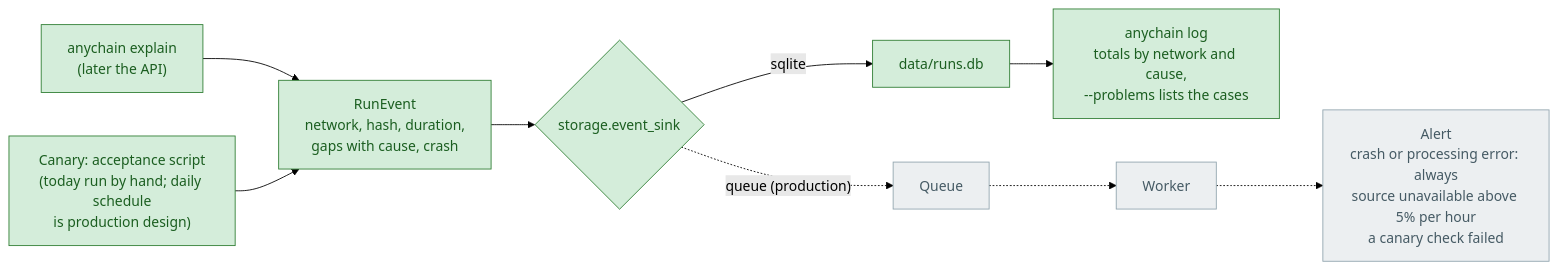
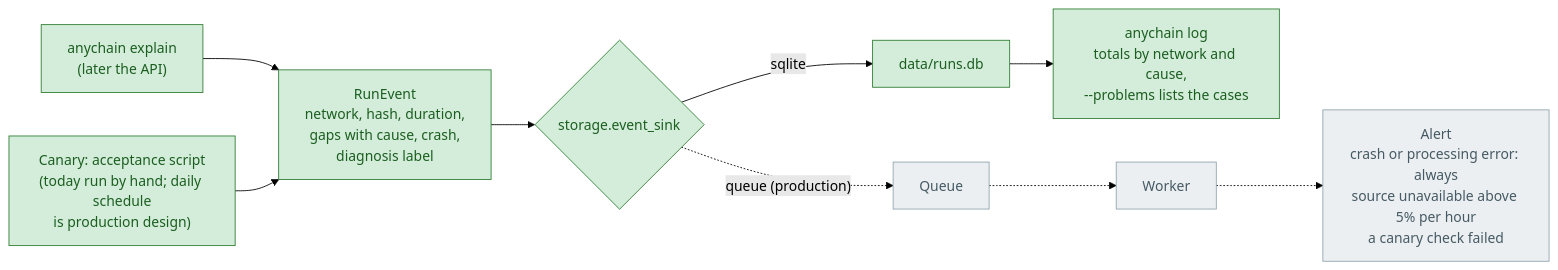
One commit to Ebaoj/anychain changed the fifth of 5 diagrams in docs/ARCHITECTURE.md. Above: the diagram before and after it, drawn with Mermaid (forest theme). The commit also changed other lines of this file and 3 other files, not shown here.

Commit message:
PHASE2_5 T7: architecture docs, Phase 3 spec built on Phase 2.5, spec closed

````diff
--- a/docs/ARCHITECTURE.md
+++ b/docs/ARCHITECTURE.md
@@ -214,16 +236,16 @@
 ```mermaid
 flowchart LR
-    EX["anychain explain<br/>(later the API)"] --> EV["RunEvent<br/>network, hash, duration,<br/>gaps with cause, crash"]
+    EX["anychain explain<br/>(later the API)"] --> EV["RunEvent<br/>network, hash, duration,<br/>gaps with cause, crash,<br/>diagnosis label"]
     CAN["Canary: acceptance script<br/>(today run by hand; daily schedule<br/>is production design)"] --> EV
     EV --> SINK{"storage.event_sink"}
     SINK -->|sqlite| DBL["data/runs.db"]
     DBL --> Q["anychain log<br/>totals by network and cause,<br/>--problems lists the cases"]
     SINK -.->|"queue (production)"| QUEUE["Queue"]
     QUEUE -.-> W["Worker"]
     W -.-> AL["Alert<br/>crash or processing error: always<br/>source unavailable above 5% per hour<br/>a canary check failed"]
 
     classDef done fill:#d4edda,stroke:#2e7d32,color:#1b5e20
     classDef later fill:#eceff1,stroke:#90a4ae,color:#455a64
     class EX,EV,CAN,SINK,DBL,Q done
     class QUEUE,W,AL later
 ```
````
